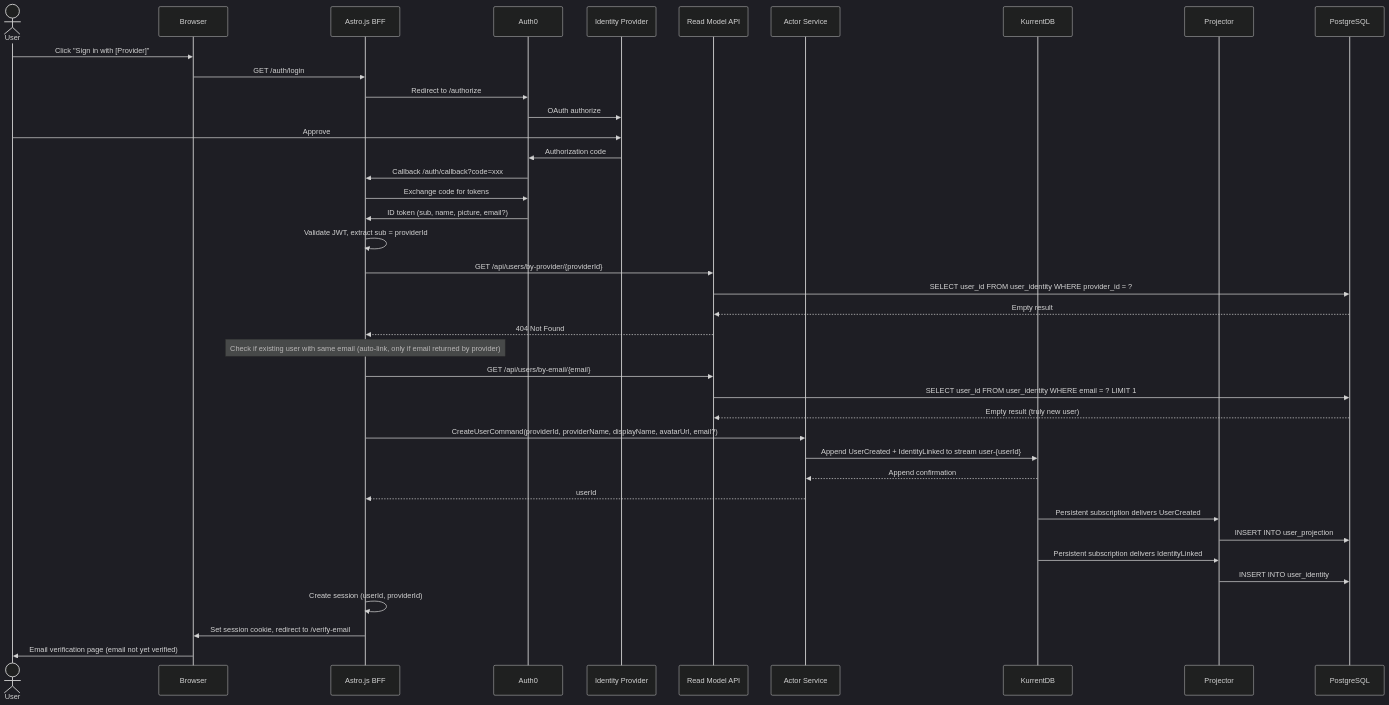
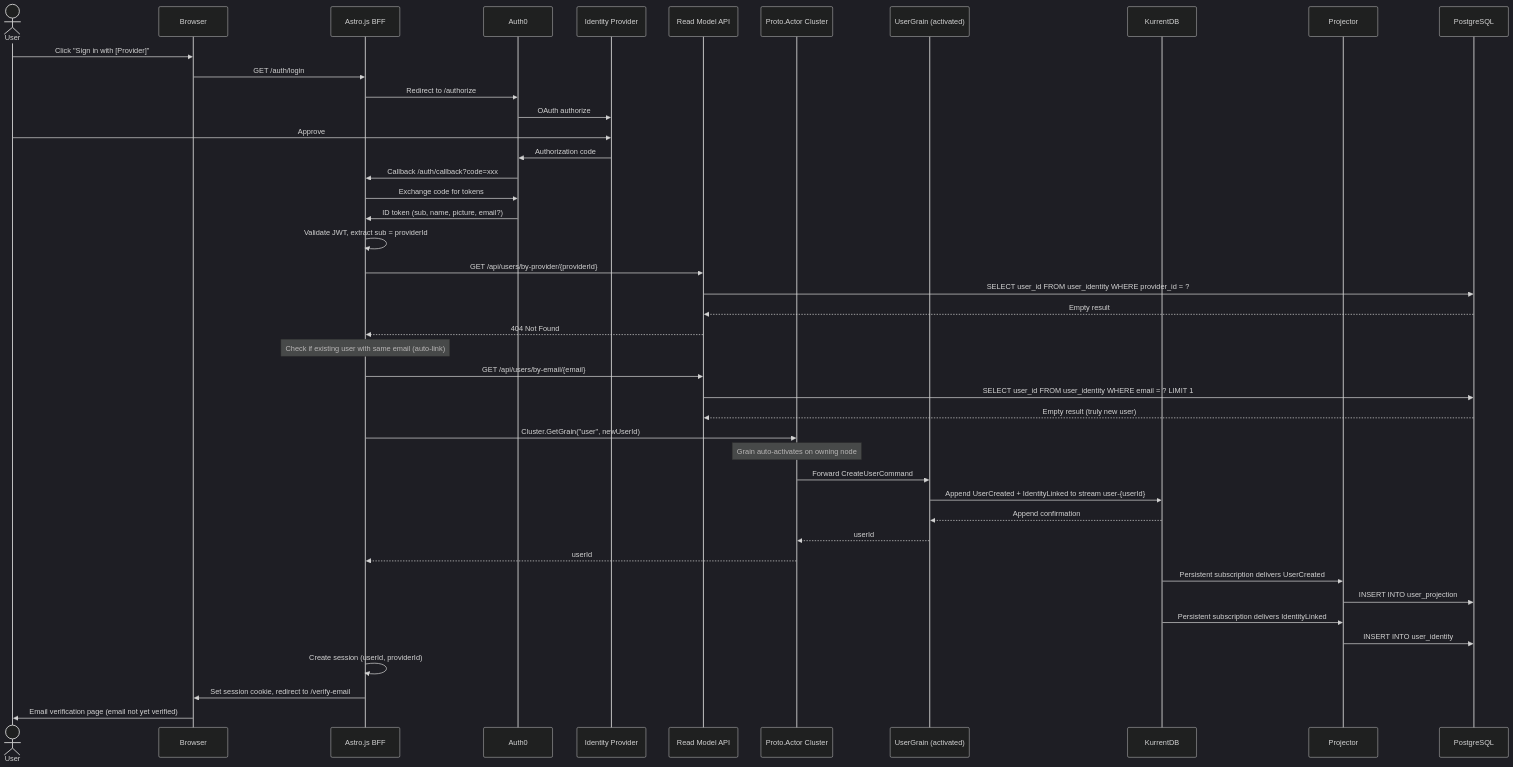
The ninth of 19 diagrams in epics/01-epic-first-signin-org/architecture/architecture.md (lekhasy/Vut), drawn with Mermaid (dark theme) before and after one commit. The commit also changed other lines of this file and 4 other files, not shown here.

````diff
--- a/epics/01-epic-first-signin-org/architecture/architecture.md
+++ b/epics/01-epic-first-signin-org/architecture/architecture.md
@@ -680,48 +765,52 @@
 ```mermaid
 sequenceDiagram
     actor User
     participant Browser
     participant BFF as Astro.js BFF
     participant Auth0
     participant IdP as Identity Provider
     participant RM as Read Model API
-    participant AS as Actor Service
+    participant Cluster as Proto.Actor Cluster
+    participant Grain as UserGrain (activated)
     participant K as KurrentDB
     participant PJ as Projector
     participant PG as PostgreSQL
 
     User->>Browser: Click "Sign in with [Provider]"
     Browser->>BFF: GET /auth/login
     BFF->>Auth0: Redirect to /authorize
     Auth0->>IdP: OAuth authorize
     User->>IdP: Approve
     IdP->>Auth0: Authorization code
     Auth0->>BFF: Callback /auth/callback?code=xxx
     BFF->>Auth0: Exchange code for tokens
     Auth0->>BFF: ID token (sub, name, picture, email?)
     BFF->>BFF: Validate JWT, extract sub = providerId
 
     BFF->>RM: GET /api/users/by-provider/{providerId}
     RM->>PG: SELECT user_id FROM user_identity WHERE provider_id = ?
     PG-->>RM: Empty result
     RM-->>BFF: 404 Not Found
 
-    Note over BFF: Check if existing user with same email (auto-link, only if email returned by provider)
+    Note over BFF: Check if existing user with same email (auto-link)
     BFF->>RM: GET /api/users/by-email/{email}
     RM->>PG: SELECT user_id FROM user_identity WHERE email = ? LIMIT 1
     PG-->>RM: Empty result (truly new user)
 
-    BFF->>AS: CreateUserCommand(providerId, providerName, displayName, avatarUrl, email?)
-    AS->>K: Append UserCreated + IdentityLinked to stream user-{userId}
-    K-->>AS: Append confirmation
-    AS-->>BFF: userId
+    BFF->>Cluster: Cluster.GetGrain("user", newUserId)
+    Note over Cluster: Grain auto-activates on owning node
+    Cluster->>Grain: Forward CreateUserCommand
+    Grain->>K: Append UserCreated + IdentityLinked to stream user-{userId}
+    K-->>Grain: Append confirmation
+    Grain-->>Cluster: userId
+    Cluster-->>BFF: userId
 
     K->>PJ: Persistent subscription delivers UserCreated
     PJ->>PG: INSERT INTO user_projection
     K->>PJ: Persistent subscription delivers IdentityLinked
     PJ->>PG: INSERT INTO user_identity
 
     BFF->>BFF: Create session (userId, providerId)
     BFF->>Browser: Set session cookie, redirect to /verify-email
     Browser->>User: Email verification page (email not yet verified)
 ```
````
